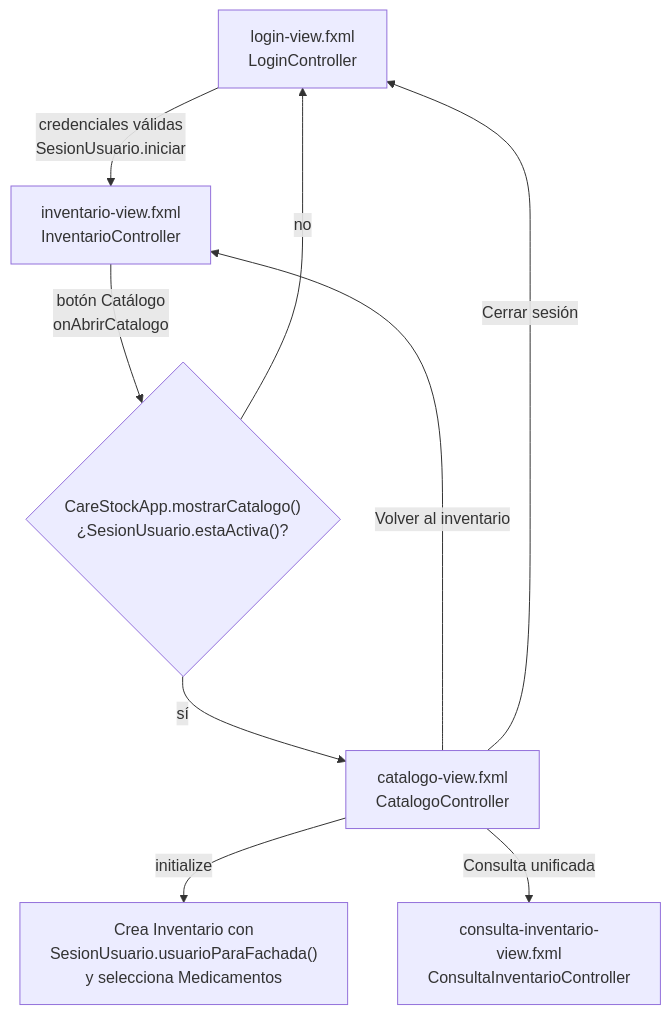
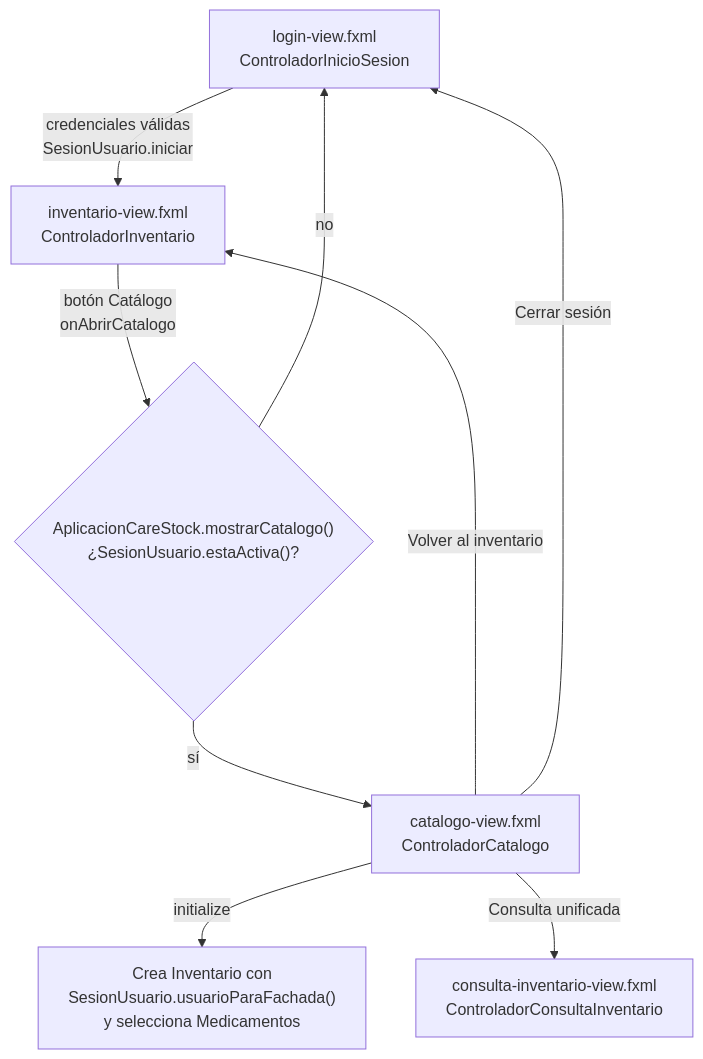
Before and after one commit to puj-course/FIS_2630_1204_G1: the first of 2 diagrams in docs/diagramas/HU-92/FORMULARIO_UNICO_REGISTRO.md, drawn with Mermaid. The commit also changed other lines of this file and 121 other files, not shown here.

````diff
--- a/docs/diagramas/HU-92/FORMULARIO_UNICO_REGISTRO.md
+++ b/docs/diagramas/HU-92/FORMULARIO_UNICO_REGISTRO.md
@@ -13,11 +13,11 @@
 ```mermaid
 flowchart TD
-    A["login-view.fxml<br/>LoginController"] -->|"credenciales válidas<br/>SesionUsuario.iniciar"| B["inventario-view.fxml<br/>InventarioController"]
-    B -->|"botón Catálogo<br/>onAbrirCatalogo"| C{"CareStockApp.mostrarCatalogo()<br/>¿SesionUsuario.estaActiva()?"}
+    A["login-view.fxml<br/>ControladorInicioSesion"] -->|"credenciales válidas<br/>SesionUsuario.iniciar"| B["inventario-view.fxml<br/>ControladorInventario"]
+    B -->|"botón Catálogo<br/>onAbrirCatalogo"| C{"AplicacionCareStock.mostrarCatalogo()<br/>¿SesionUsuario.estaActiva()?"}
     C -->|"no"| A
-    C -->|"sí"| D["catalogo-view.fxml<br/>CatalogoController"]
+    C -->|"sí"| D["catalogo-view.fxml<br/>ControladorCatalogo"]
     D -->|"initialize"| E["Crea Inventario con<br/>SesionUsuario.usuarioParaFachada()<br/>y selecciona Medicamentos"]
-    D -->|"Consulta unificada"| F["consulta-inventario-view.fxml<br/>ConsultaInventarioController"]
+    D -->|"Consulta unificada"| F["consulta-inventario-view.fxml<br/>ControladorConsultaInventario"]
     D -->|"Volver al inventario"| B
     D -->|"Cerrar sesión"| A
 ```
````
